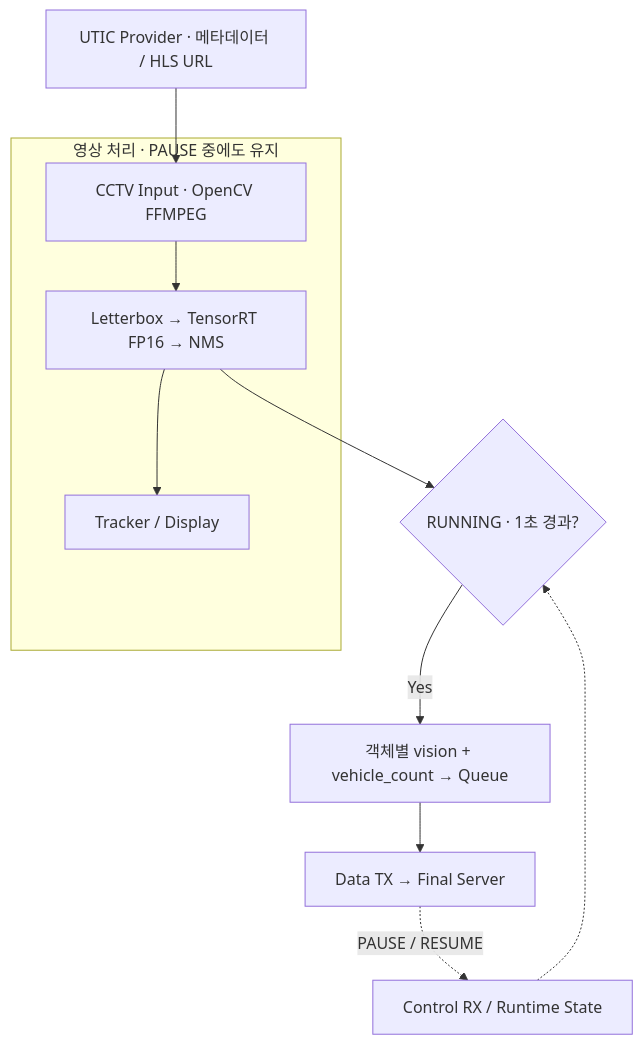
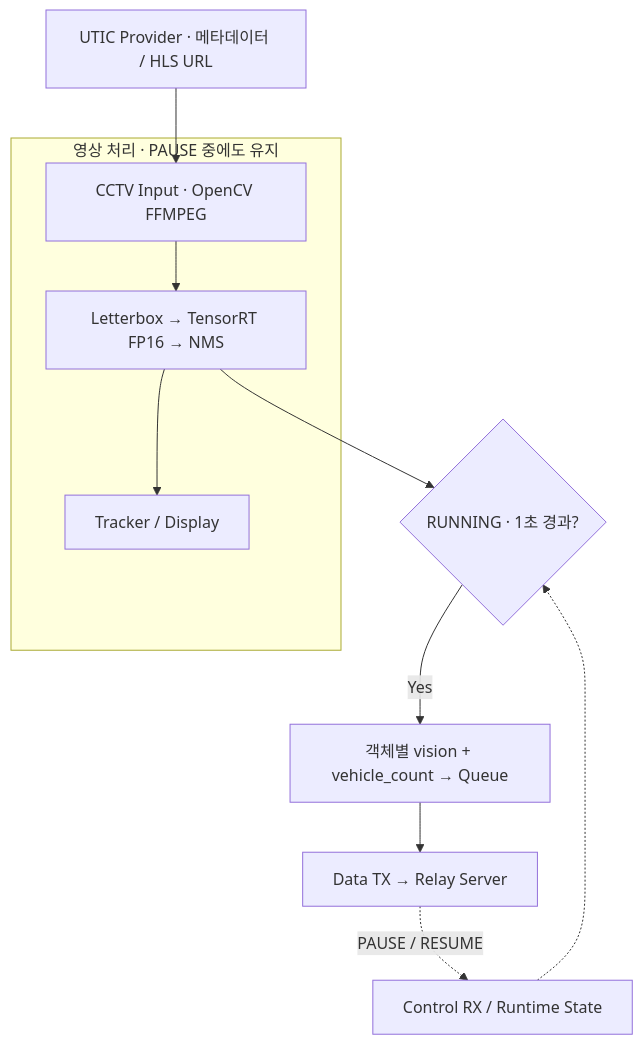
The diagram in README.md (triton0305/jetson-traffic-cctv-vision), drawn with Mermaid before and after one commit.

Commit message:
Update data transmission target in README

````diff
--- a/README.md
+++ b/README.md
@@ -80,13 +80,13 @@
 ```mermaid id="zvbb4y"
 flowchart TD
     A["UTIC Provider · 메타데이터 / HLS URL"] --> B["CCTV Input · OpenCV FFMPEG"]
     subgraph V["영상 처리 · PAUSE 중에도 유지"]
         B --> C["Letterbox → TensorRT FP16 → NMS"]
         C --> D["Tracker / Display"]
     end
     C --> E{"RUNNING · 1초 경과?"}
     E -->|Yes| F["객체별 vision + vehicle_count → Queue"]
-    F --> G["Data TX → Final Server"]
+    F --> G["Data TX → Relay Server"]
     G -.->|PAUSE / RESUME| H["Control RX / Runtime State"]
     H -.-> E
 ```
````
